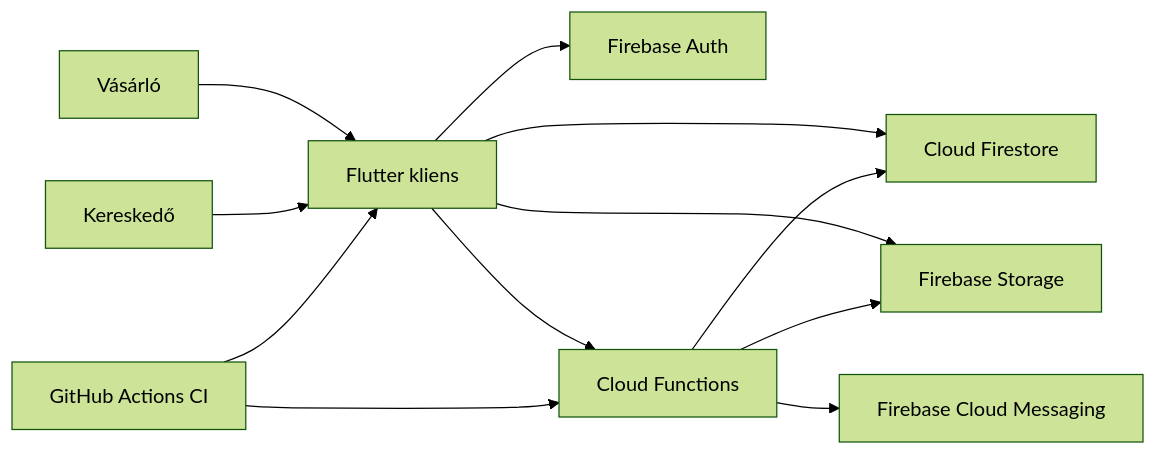
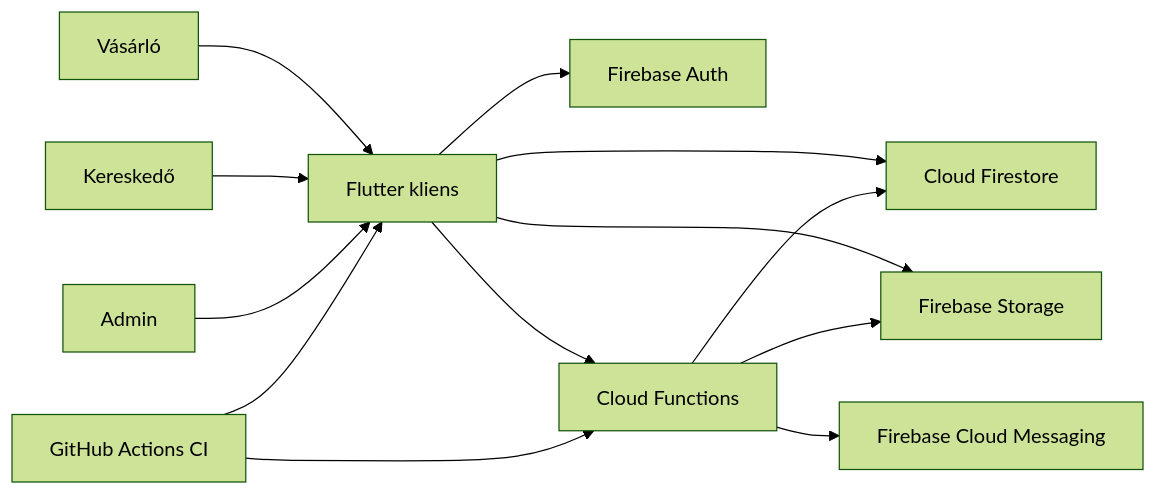
Before and after one commit to Admgt/nearpick: the diagram in docs/02_architecture/architecture_overview.md, drawn with Mermaid (forest theme). The commit also changed other lines of this file and 36 other files, not shown here.

````diff
--- a/docs/02_architecture/architecture_overview.md
+++ b/docs/02_architecture/architecture_overview.md
@@ -3,24 +3,26 @@
 ```mermaid
 flowchart LR
     user1[Vásárló]
     user2[Kereskedő]
+    adminUser[Admin]
     app[Flutter kliens]
     auth[Firebase Auth]
     fs[Cloud Firestore]
     storage[Firebase Storage]
     fn[Cloud Functions]
     fcm[Firebase Cloud Messaging]
     ci[GitHub Actions CI]
 
     user1 --> app
     user2 --> app
+    adminUser --> app
     app --> auth
     app --> fs
     app --> storage
     app --> fn
     fn --> fs
     fn --> storage
     fn --> fcm
     ci --> app
     ci --> fn
 ```
````
